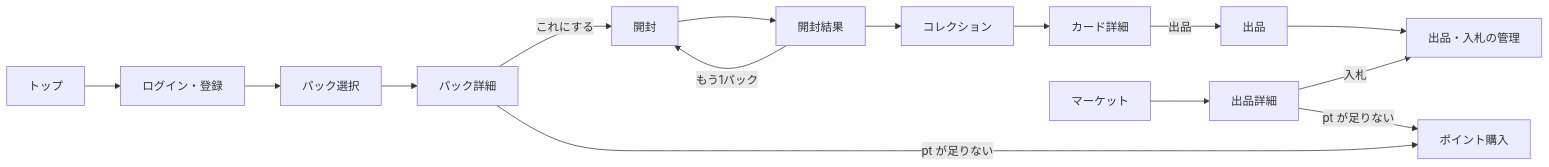
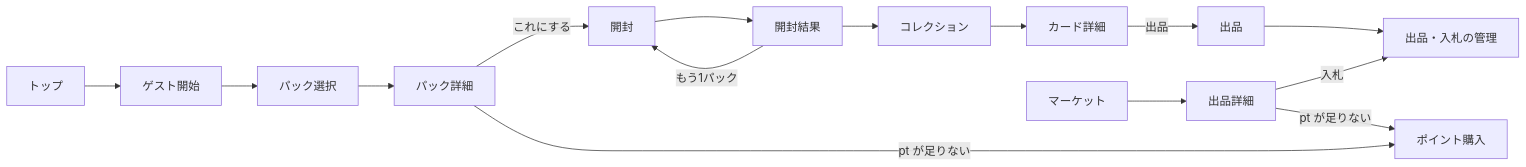
Before and after one commit to matsupiee/wiki-collection: the diagram in docs/design/screens.md, drawn with Mermaid. The commit also changed other lines of this file and 179 other files, not shown here.

````diff
--- a/docs/design/screens.md
+++ b/docs/design/screens.md
@@ -21,17 +21,17 @@
 ```mermaid
 flowchart LR
-  LP[トップ] --> Login[ログイン・登録]
+  LP[トップ] --> Login[ゲスト開始]
   Login --> Home[パック選択]
   Home --> PackDetail[パック詳細]
   PackDetail -->|これにする| Rip[開封]
   Rip --> Result[開封結果]
   Result -->|もう1パック| Rip
   Result --> Collection[コレクション]
   Collection --> CardDetail[カード詳細]
   CardDetail -->|出品| Sell[出品]
   Sell --> MyListings[出品・入札の管理]
   Market[マーケット] --> Listing[出品詳細]
   Listing -->|入札| MyListings
   PackDetail -->|pt が足りない| Shop[ポイント購入]
   Listing -->|pt が足りない| Shop
 ```
````
